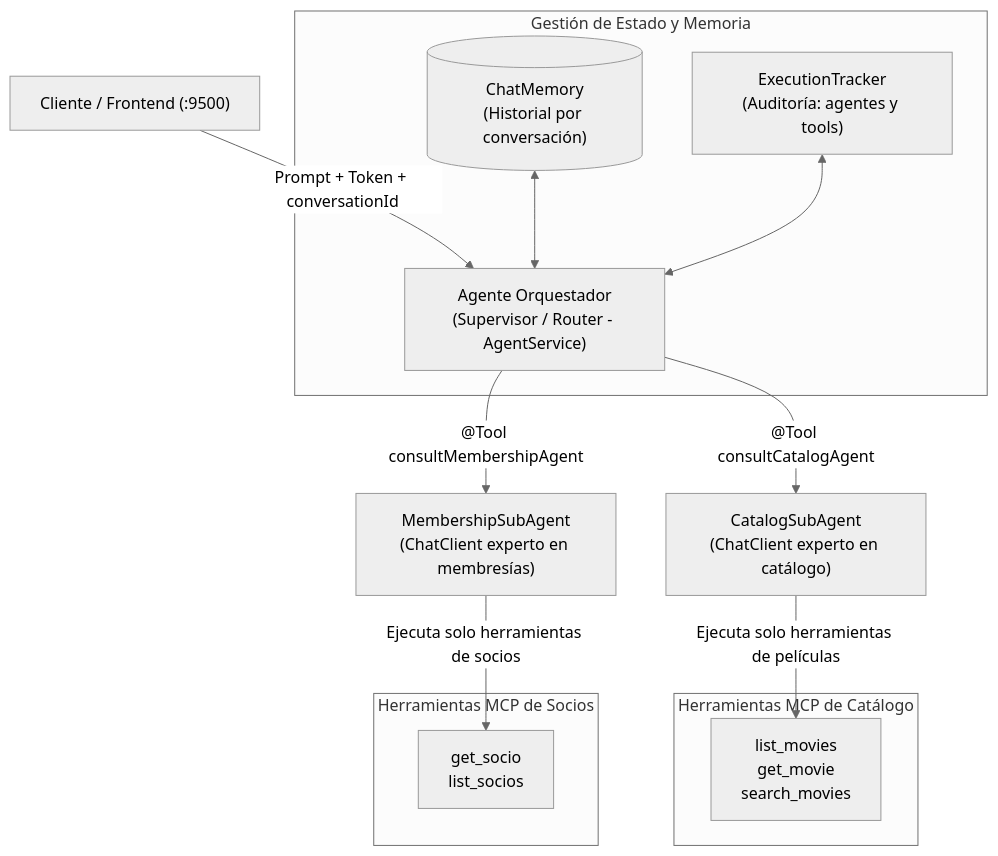
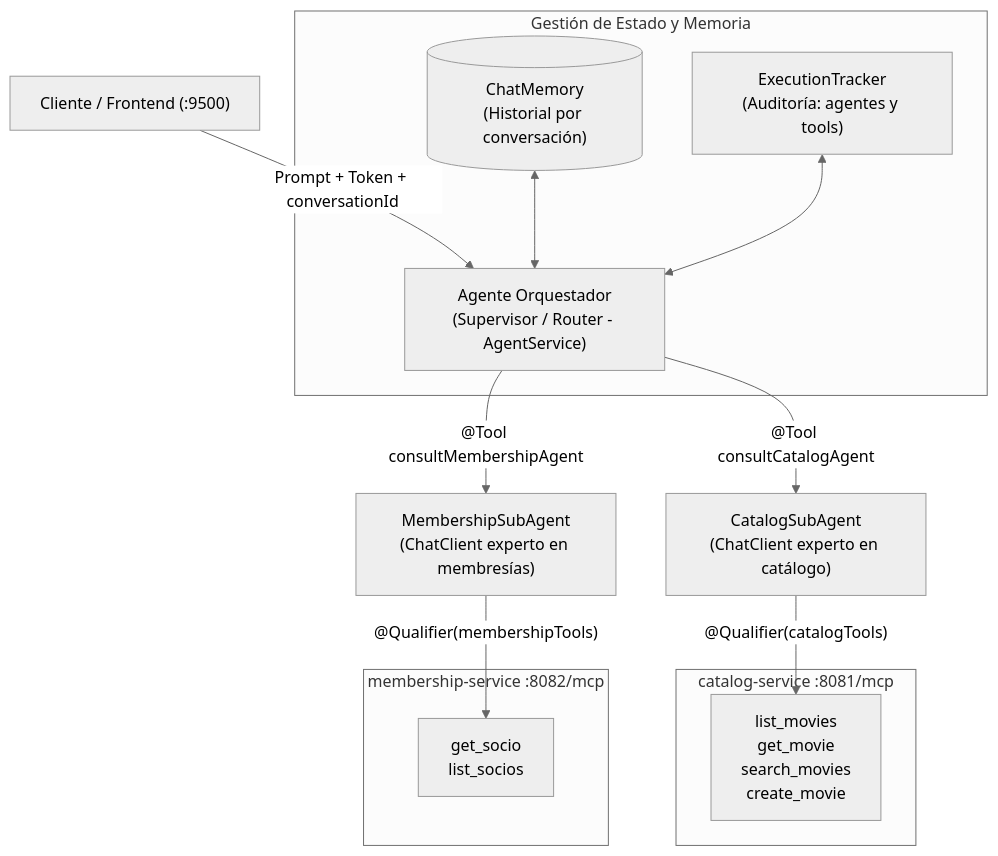
Before and after one commit to munozhoracio/agente-videoclub-sso: the second of 2 diagrams in README.md, drawn with Mermaid (neutral theme). The commit also changed other lines of this file and 1 other file, not shown here.

Commit message:
chore: update Keycloak port to 9090 and document dual MCP client architecture

````diff
--- a/README.md
+++ b/README.md
@@ -218,23 +224,23 @@
 ```mermaid
 flowchart TD
     Client["Cliente / Frontend (:9500)"] -->|"Prompt + Token + conversationId"| Supervisor["Agente Orquestador<br/>(Supervisor / Router - AgentService)"]
 
     subgraph StateManagement["Gestión de Estado y Memoria"]
         Memory[("ChatMemory<br/>(Historial por conversación)")] <--> Supervisor
         Tracker["ExecutionTracker<br/>(Auditoría: agentes y tools)"] <--> Supervisor
     end
 
     Supervisor -->|"@Tool consultCatalogAgent"| CatalogSubAgent["CatalogSubAgent<br/>(ChatClient experto en catálogo)"]
     Supervisor -->|"@Tool consultMembershipAgent"| MembershipSubAgent["MembershipSubAgent<br/>(ChatClient experto en membresías)"]
 
-    subgraph MCPCatalog["Herramientas MCP de Catálogo"]
-        ToolsCatalog["list_movies<br/>get_movie<br/>search_movies"]
+    subgraph MCPCatalog["catalog-service :8081/mcp"]
+        ToolsCatalog["list_movies<br/>get_movie<br/>search_movies<br/>create_movie"]
     end
 
-    subgraph MCPMembership["Herramientas MCP de Socios"]
+    subgraph MCPMembership["membership-service :8082/mcp"]
         ToolsMembership["get_socio<br/>list_socios"]
     end
 
-    CatalogSubAgent -->|"Ejecuta solo herramientas de películas"| ToolsCatalog
-    MembershipSubAgent -->|"Ejecuta solo herramientas de socios"| ToolsMembership
+    CatalogSubAgent -->|"@Qualifier(catalogTools)"| ToolsCatalog
+    MembershipSubAgent -->|"@Qualifier(membershipTools)"| ToolsMembership
 ```
````
